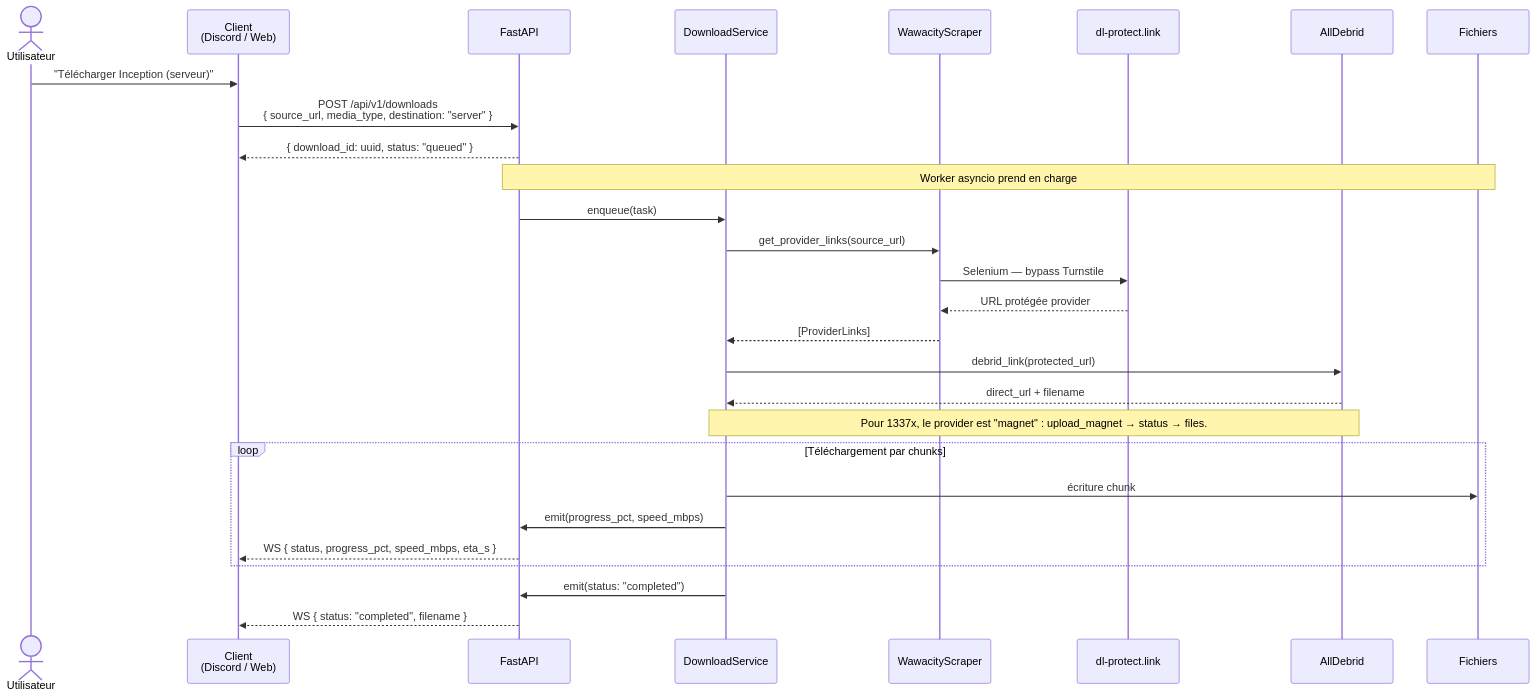
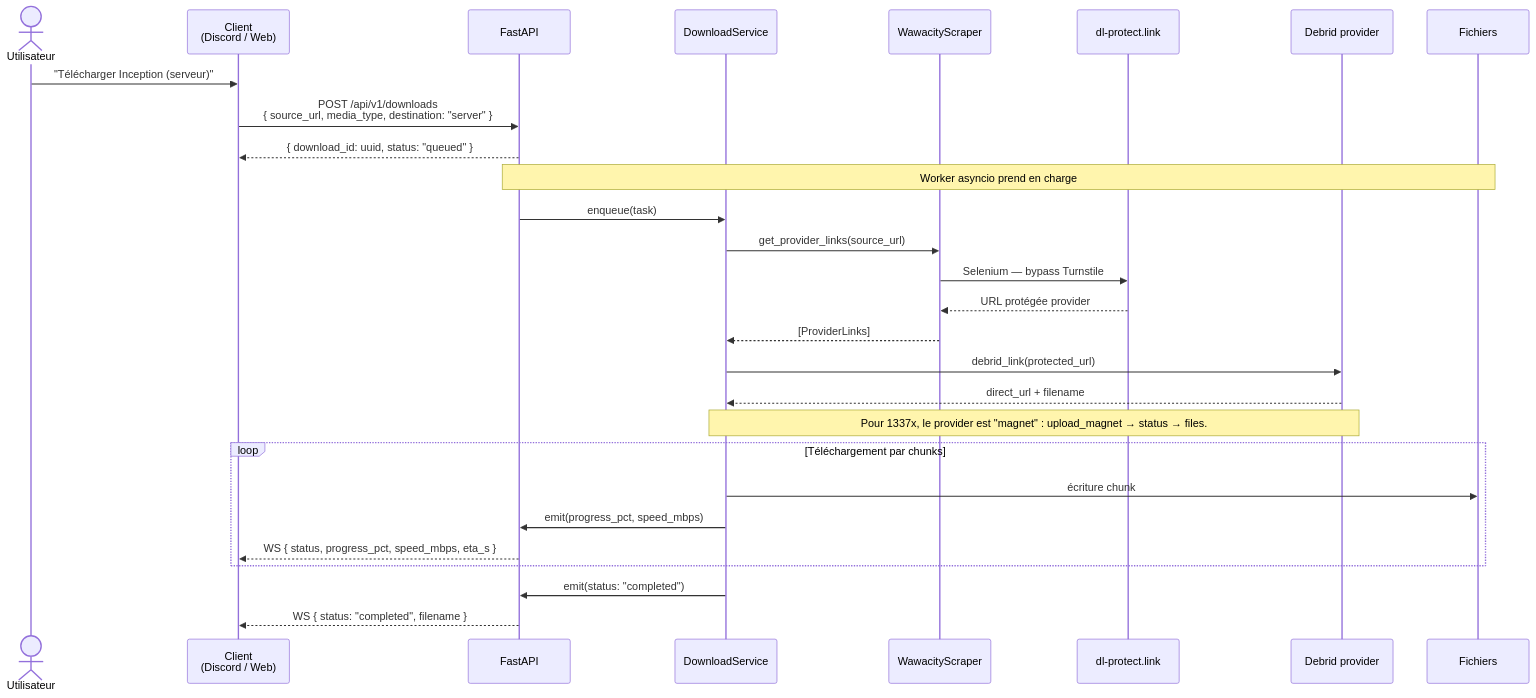
One commit to Gon3s/dl_discord_bot changed the second of 7 diagrams in docs/architecture-v2.md. Above: the diagram before and after it, drawn with Mermaid. The commit also changed other lines of this file and 10 other files, not shown here.

````diff
--- a/docs/architecture-v2.md
+++ b/docs/architecture-v2.md
@@ -68,37 +68,37 @@
 ```mermaid
 sequenceDiagram
     actor U as Utilisateur
     participant C as Client<br/>(Discord / Web)
     participant API as FastAPI
     participant SVC as DownloadService
     participant SCR as WawacityScraper
     participant DLP as dl-protect.link
-    participant AD as AllDebrid
+    participant AD as Debrid provider
     participant FS as Fichiers
 
     U->>C: "Télécharger Inception (serveur)"
     C->>API: POST /api/v1/downloads<br/>{ source_url, media_type, destination: "server" }
     API-->>C: { download_id: uuid, status: "queued" }
 
     Note over API,FS: Worker asyncio prend en charge
 
     API->>SVC: enqueue(task)
     SVC->>SCR: get_provider_links(source_url)
     SCR->>DLP: Selenium — bypass Turnstile
     DLP-->>SCR: URL protégée provider
     SCR-->>SVC: [ProviderLinks]
 
     SVC->>AD: debrid_link(protected_url)
     AD-->>SVC: direct_url + filename
 
     Note over SVC,AD: Pour 1337x, le provider est "magnet" : upload_magnet → status → files.
 
     loop Téléchargement par chunks
         SVC->>FS: écriture chunk
         SVC->>API: emit(progress_pct, speed_mbps)
         API-->>C: WS { status, progress_pct, speed_mbps, eta_s }
     end
 
     SVC->>API: emit(status: "completed")
     API-->>C: WS { status: "completed", filename }
 ```
````
